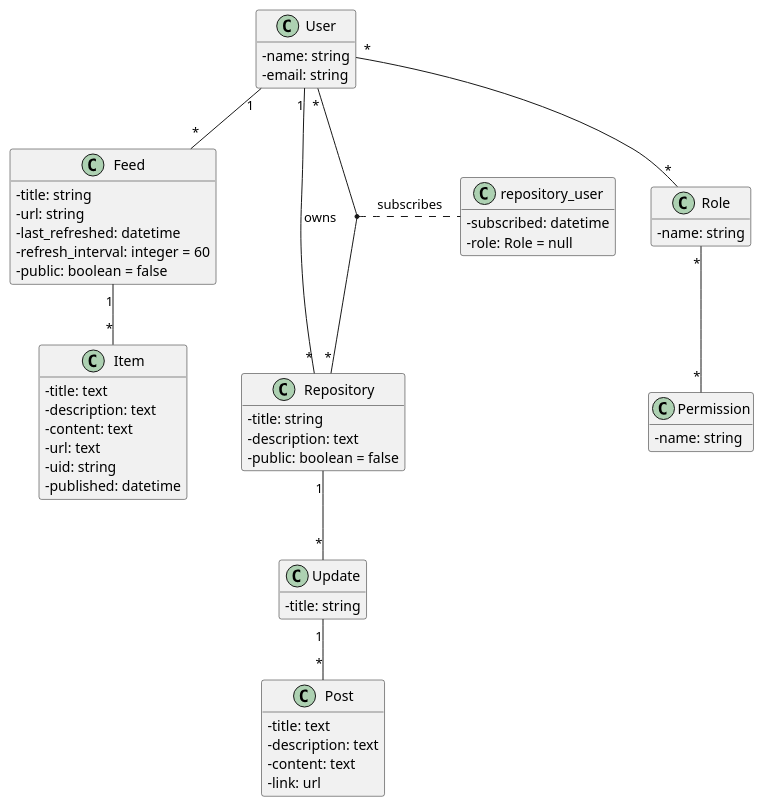
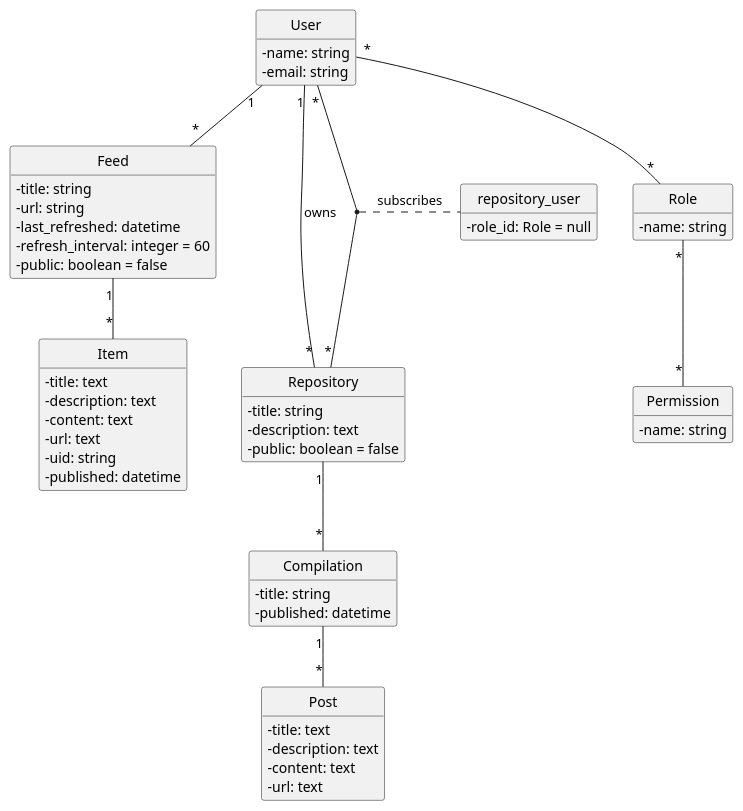
Before and after one commit to ijaureguialzo/kcm: the diagram in docs/diagrama.puml, drawn with PlantUML.

Commit message:
Diagrama actualizado

```diff
--- a/docs/diagrama.puml
+++ b/docs/diagrama.puml
@@ -1,71 +1,72 @@
 @startuml
 skinparam classAttributeIconSize 0
+hide circle
 hide empty members
 
 class Feed {
 - title: string
 - url: string
 - last_refreshed: datetime
 - refresh_interval: integer = 60
 - public: boolean = false
 }
 
 class Item {
 - title: text
 - description: text
 - content: text
 - url: text
 - uid: string
 - published: datetime
 }
 
 Feed "1" -- "*" Item
 
 class User {
 - name: string
 - email: string
 }
 
 class Role {
 - name: string
 }
 
 class Permission {
 - name: string
 }
 
 User "1" -- "*" Feed
 User "*" -- "*" Role
 Role "*" -- "*" Permission
 
 class Repository {
 - title: string
 - description: text
 - public: boolean = false
 }
 
-class Update {
+class Compilation {
 - title: string
+- published: datetime
 }
 
 class Post {
 - title: text
 - description: text
 - content: text
-- link: url
+- url: text
 }
 
 User "1" -- "*" Repository : owns
 User "*" -- "*" Repository
 (User,Repository) . repository_user: subscribes
 
 class repository_user {
-- subscribed: datetime
-- role: Role = null
+- role_id: Role = null
 }
 
-Repository "1" -- "*" Update
-Update "1" -- "*" Post
+Repository "1" -- "*" Compilation
+Compilation "1" -- "*" Post
 
 
 @enduml
```
